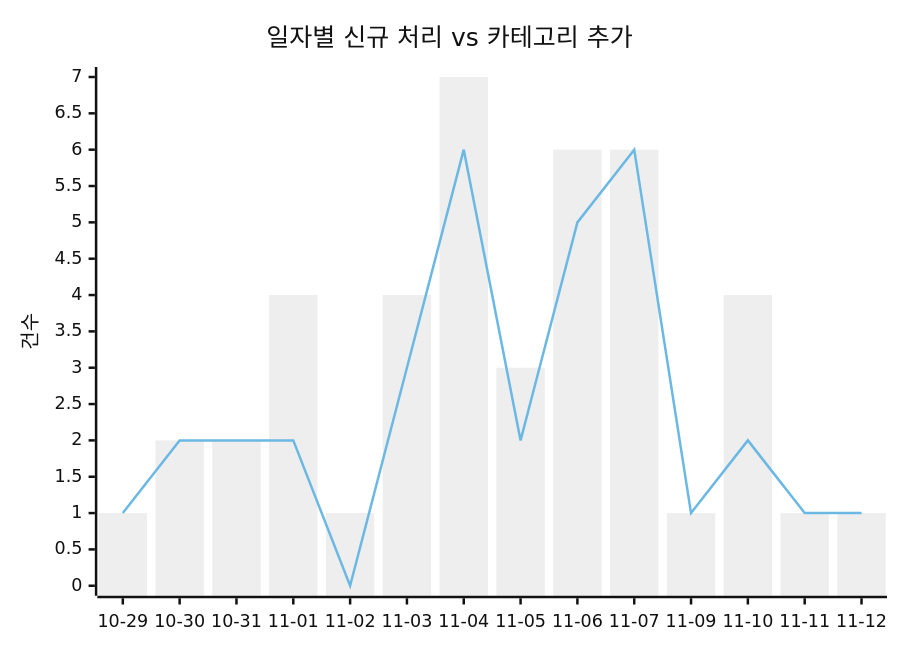
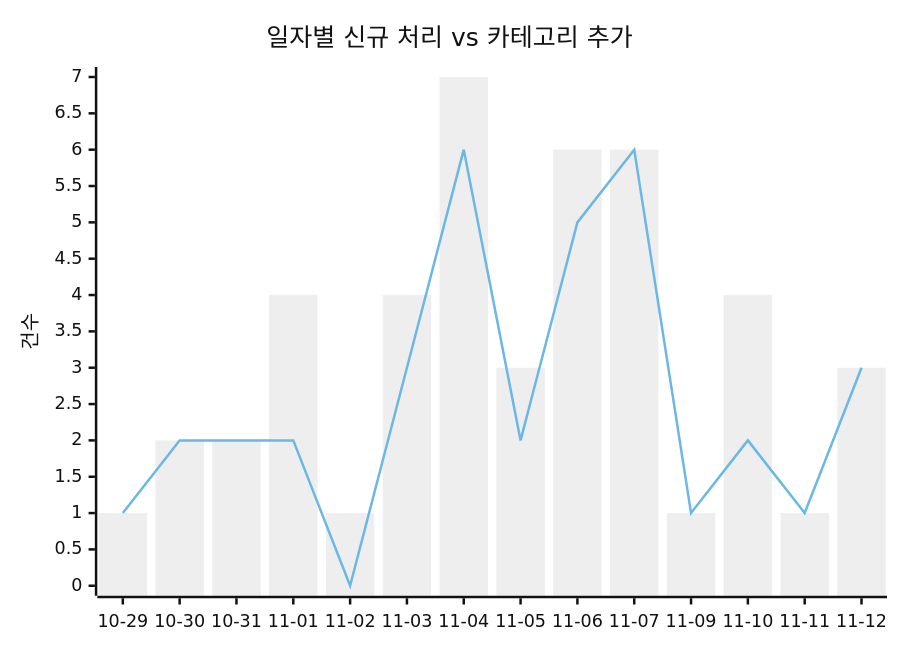
The first of 2 diagrams in docs/trends.md (J-nowcow/awesome-korean-agent-skills), drawn with Mermaid (neutral theme) before and after one commit. The commit also changed other lines of this file and 5 other files, not shown here.

````diff
--- a/docs/trends.md
+++ b/docs/trends.md
@@ -32,8 +32,8 @@
 ```mermaid
 xychart-beta
     title "일자별 신규 처리 vs 카테고리 추가"
     x-axis ["10-29","10-30","10-31","11-01","11-02","11-03","11-04","11-05","11-06","11-07","11-09","11-10","11-11","11-12"]
     y-axis "건수"
-    bar [1,2,2,4,1,4,7,3,6,6,1,4,1,1]
-    line [1,2,2,2,0,3,6,2,5,6,1,2,1,1]
+    bar [1,2,2,4,1,4,7,3,6,6,1,4,1,3]
+    line [1,2,2,2,0,3,6,2,5,6,1,2,1,3]
 ```
````
